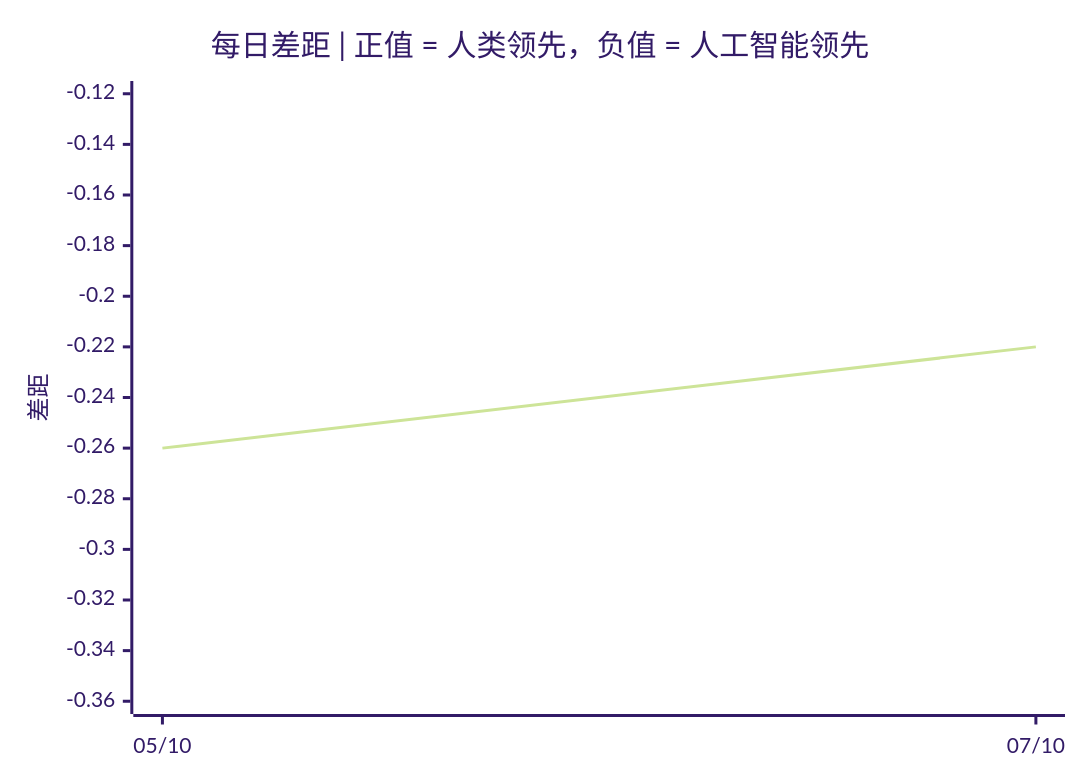
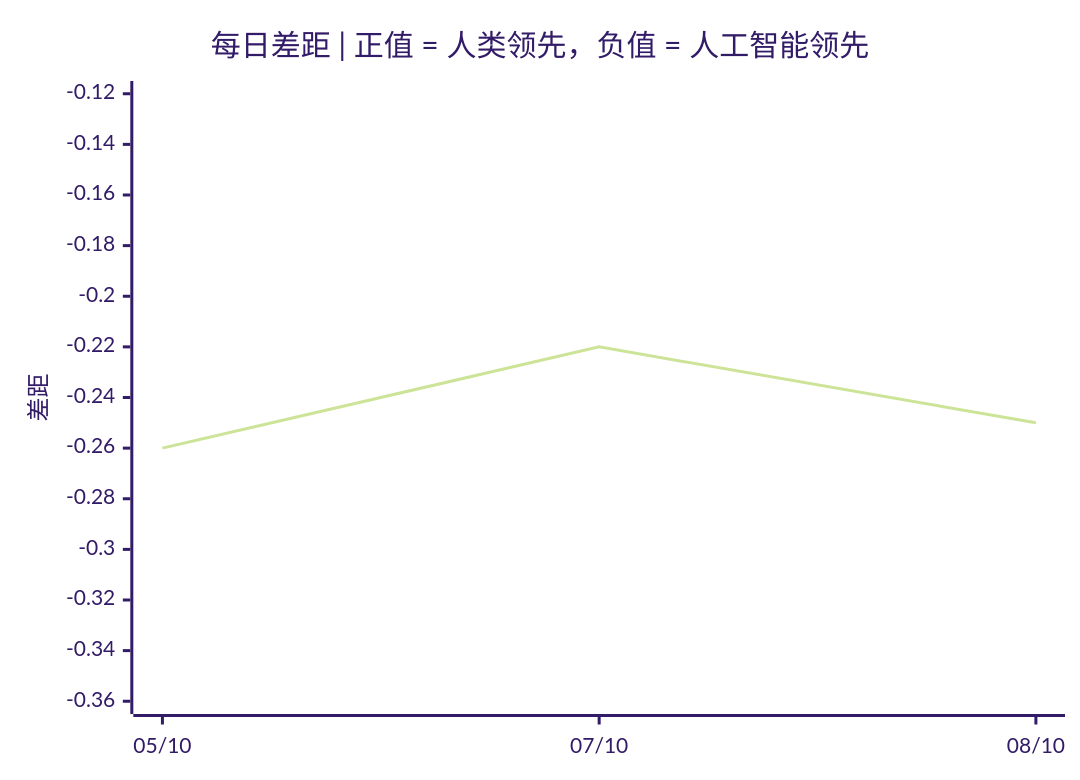
The third of 3 diagrams in README.zh.md (VQQLK/Human-AI-Monitor), drawn with Mermaid (forest theme) before and after one commit. The commit also changed other lines of this file and 5 other files, not shown here.

````diff
--- a/README.zh.md
+++ b/README.zh.md
@@ -54,7 +54,7 @@
 ```mermaid
 xychart-beta
     title "每日差距 | 正值 = 人类领先，负值 = 人工智能领先"
-    x-axis ["05/10", "07/10"]
+    x-axis ["05/10", "07/10", "08/10"]
     y-axis "差距" -0.36 --> -0.12
-    line [-0.26, -0.22]
+    line [-0.26, -0.22, -0.25]
 ```
````
